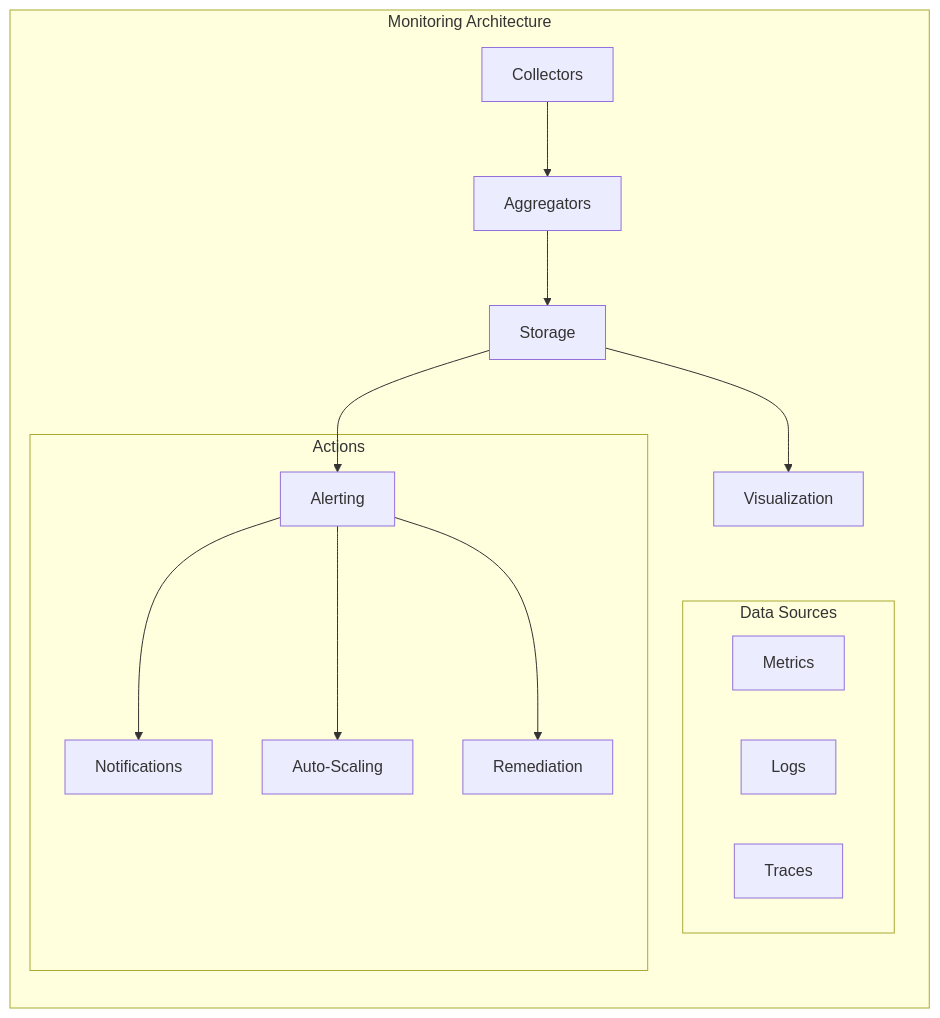
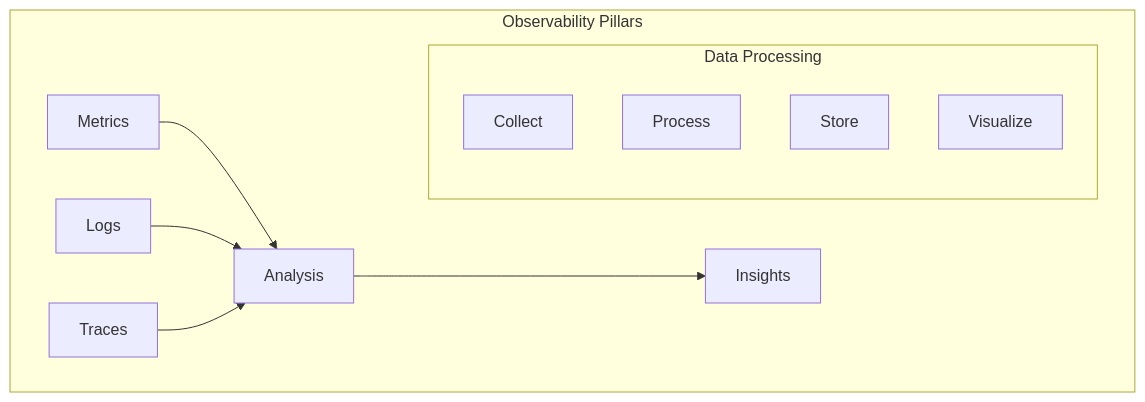
One commit to saravanakumarrc/Architecture_Journey changed the second of 4 diagrams in src/Monitoring_and_Observability_Patterns.md. Above: the diagram before and after it, drawn with Mermaid. The commit also changed other lines of this file and 6 other files, not shown here.

First line of the commit message:
Refactor observability documentation: streamline sections, enhance clarity, and update diagrams for better understanding of monitoring components and patterns.

````diff
--- a/src/Monitoring_and_Observability_Patterns.md
+++ b/src/Monitoring_and_Observability_Patterns.md
@@ -42,23 +33,16 @@
 ```mermaid
 graph TB
-    subgraph "Monitoring Architecture"
-        direction TB
+    subgraph "Observability Pillars"
+        M[Metrics] --> A[Analysis]
+        L[Logs] --> A
+        T[Traces] --> A
+        A --> I[Insights]
         
-        C[Collectors] --> A[Aggregators]
-        A --> S[Storage]
-        S --> V[Visualization]
-        S --> AL[Alerting]
-        
-        subgraph "Data Sources"
-            M1[Metrics]
-            M2[Logs]
-            M3[Traces]
-        end
-        
-        subgraph "Actions"
-            AL --> N[Notifications]
-            AL --> AS[Auto-Scaling]
-            AL --> R[Remediation]
+        subgraph "Data Processing"
+            C[Collect]
+            P[Process]
+            S[Store]
+            V[Visualize]
         end
     end
 ```
````
